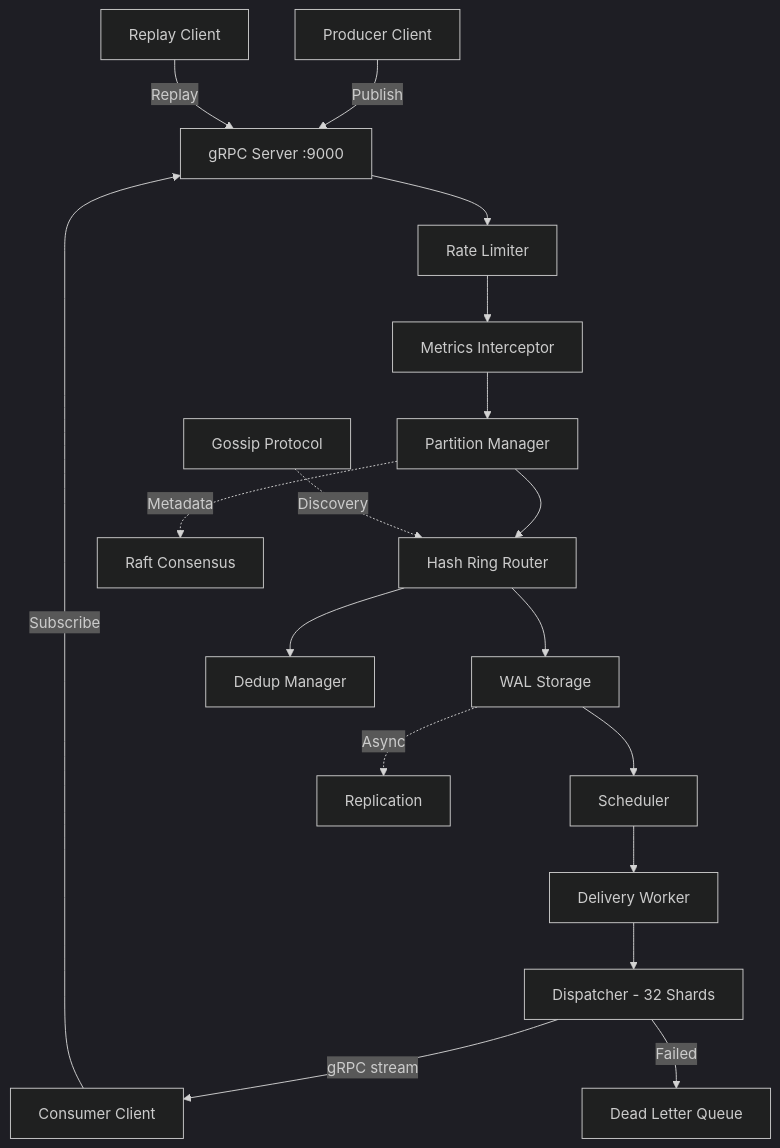
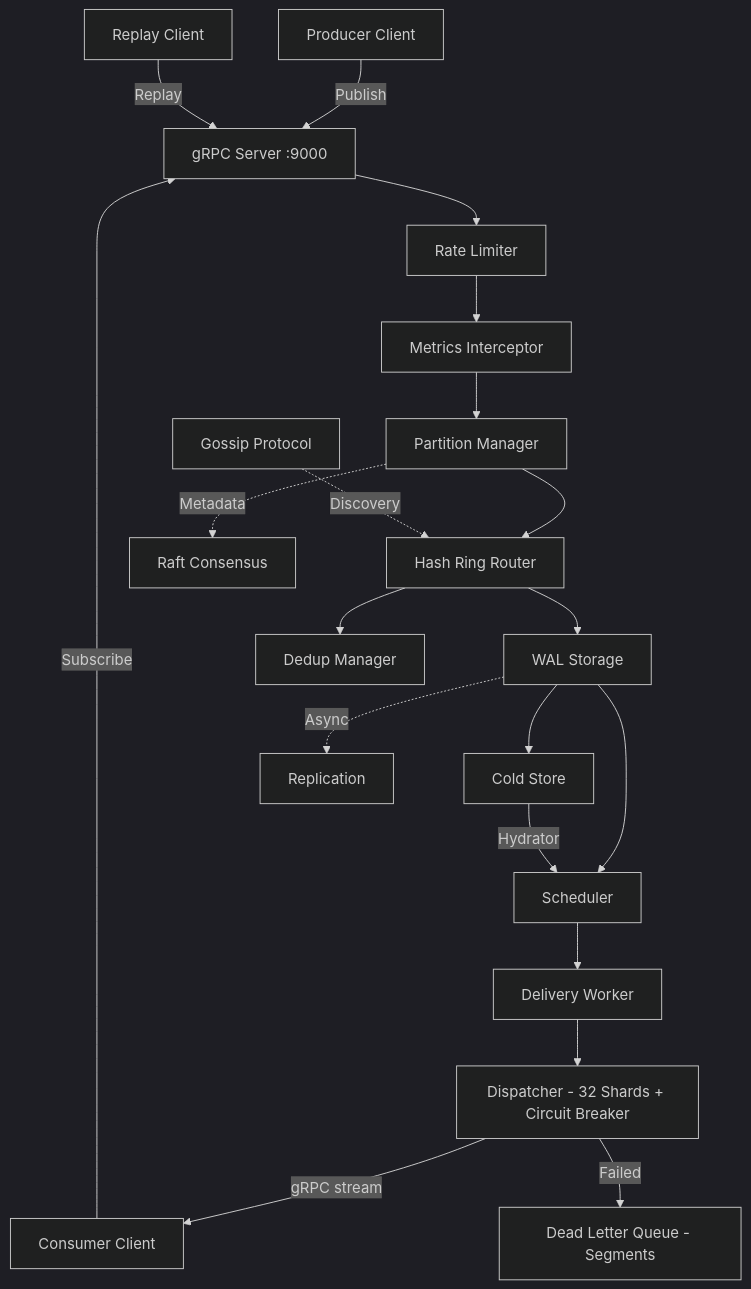
One commit to jatin711-debug/cronos_db_golang changed the second of 43 diagrams in ARCHITECTURE.md. Above: the diagram before and after it, drawn with Mermaid (dark theme). The commit also changed other lines of this file and 24 other files, not shown here.

````diff
--- a/ARCHITECTURE.md
+++ b/ARCHITECTURE.md
@@ -100,23 +103,25 @@
 ```mermaid
 graph TB
     C1[Producer Client] -->|Publish| GW
     C2[Consumer Client] -->|Subscribe| GW
     C3[Replay Client] -->|Replay| GW
 
     GW[gRPC Server :9000] --> RL[Rate Limiter]
     RL --> MT[Metrics Interceptor]
     MT --> PM[Partition Manager]
     PM --> HR[Hash Ring Router]
 
     HR --> WAL[WAL Storage]
     HR --> DD[Dedup Manager]
     WAL --> SCH[Scheduler]
+    WAL --> CS[Cold Store]
+    CS -->|Hydrator| SCH
     SCH --> WRK[Delivery Worker]
-    WRK --> DSP[Dispatcher - 32 Shards]
+    WRK --> DSP[Dispatcher - 32 Shards + Circuit Breaker]
     DSP -->|gRPC stream| C2
-    DSP -->|Failed| DLQ[Dead Letter Queue]
+    DSP -->|Failed| DLQ[Dead Letter Queue - Segments]
 
     WAL -.->|Async| REPL[Replication]
     PM -.->|Metadata| RAFT[Raft Consensus]
     GOSSIP[Gossip Protocol] -.->|Discovery| HR
 ```
````
